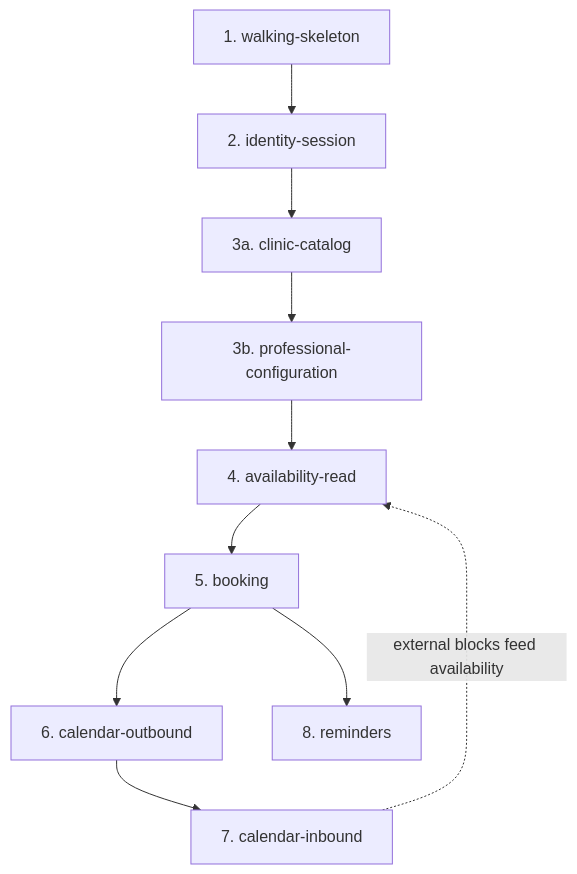
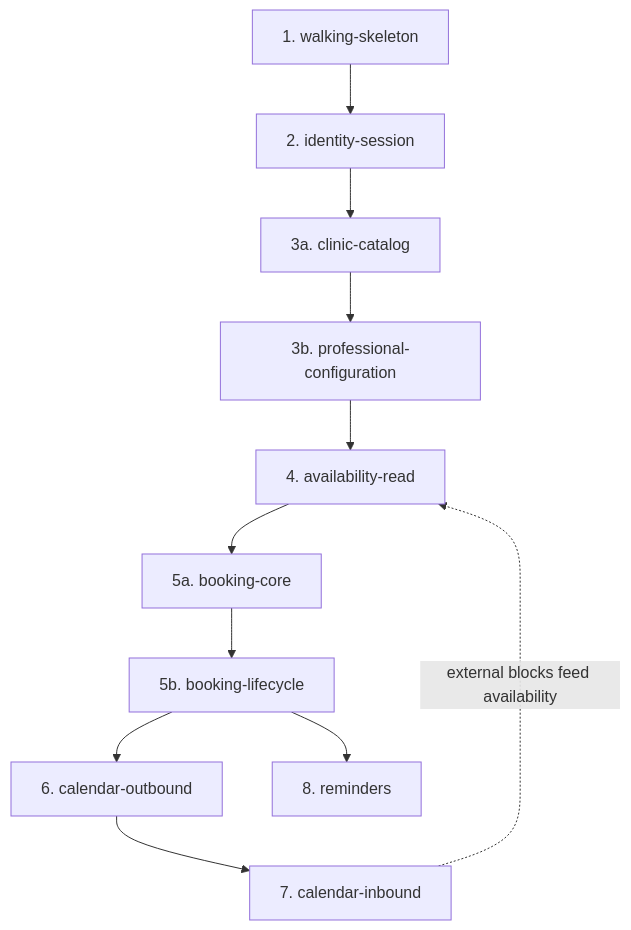
Before and after one commit to PedroCalabria/clinic_scheduling: the diagram in docs/05-openspec-workflow.md, drawn with Mermaid. The commit also changed other lines of this file and 3 other files, not shown here.

````diff
--- a/docs/05-openspec-workflow.md
+++ b/docs/05-openspec-workflow.md
@@ -60,16 +61,17 @@
 ```mermaid
 flowchart TB
   c1["1. walking-skeleton"]
   c2["2. identity-session"]
   c3a["3a. clinic-catalog"]
   c3b["3b. professional-configuration"]
   c4["4. availability-read"]
-  c5["5. booking"]
+  c5a["5a. booking-core"]
+  c5b["5b. booking-lifecycle"]
   c6["6. calendar-outbound"]
   c7["7. calendar-inbound"]
   c8["8. reminders"]
-  c1 --> c2 --> c3a --> c3b --> c4 --> c5
-  c5 --> c6 --> c7
-  c5 --> c8
+  c1 --> c2 --> c3a --> c3b --> c4 --> c5a --> c5b
+  c5b --> c6 --> c7
+  c5b --> c8
   c7 -.->|external blocks feed availability| c4
 ```
````
